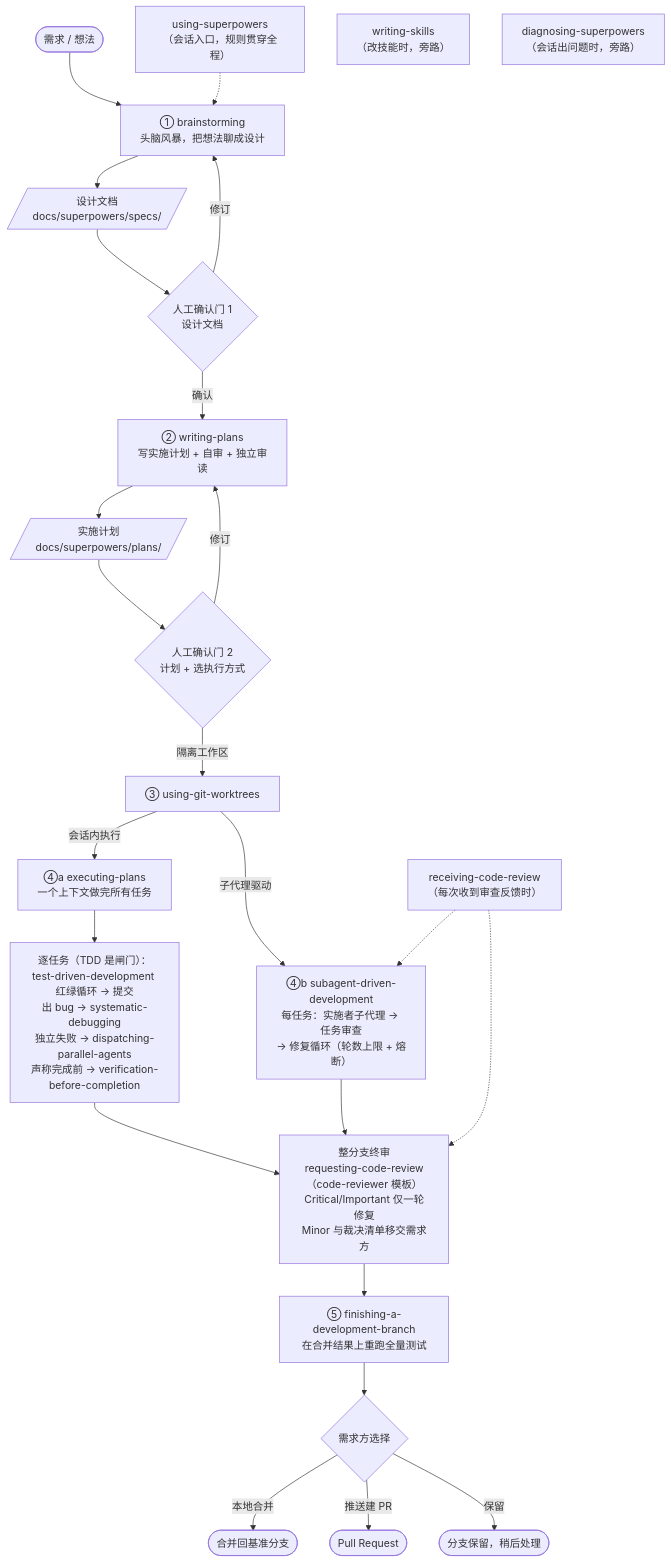
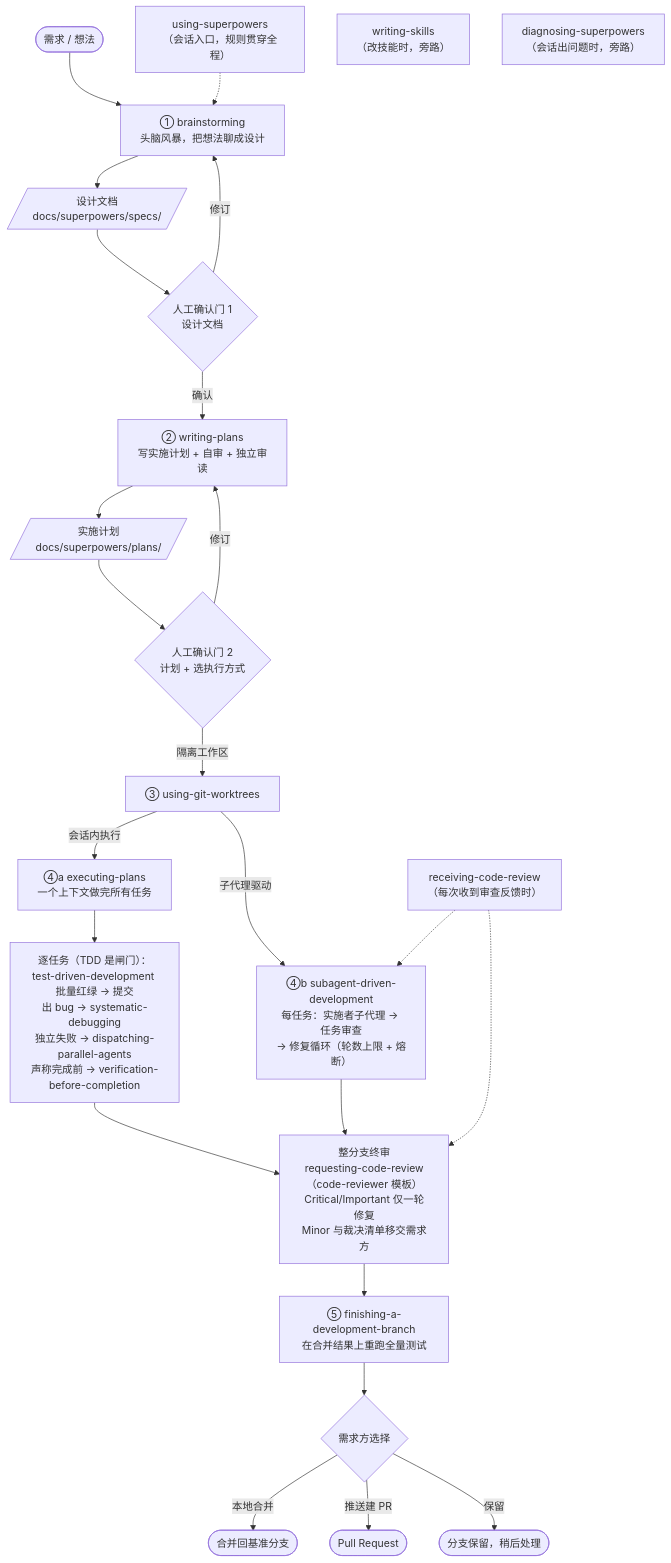
One commit to chuxiao/superpowers changed the diagram in docs/skills-map.md. Above: the diagram before and after it, drawn with Mermaid. The commit also changed other lines of this file and 6 other files, not shown here.

````diff
--- a/docs/skills-map.md
+++ b/docs/skills-map.md
@@ -8,33 +8,33 @@
 ```mermaid
 flowchart TD
     US["using-superpowers<br>（会话入口，规则贯穿全程）"]
     IDEA([需求 / 想法]) --> BS
     US -.-> BS
 
     BS["① brainstorming<br>头脑风暴，把想法聊成设计"] --> SPEC[/"设计文档<br>docs/superpowers/specs/"/]
     SPEC --> G1{"人工确认门 1<br>设计文档"}
     G1 -- "修订" --> BS
     G1 -- "确认" --> WP["② writing-plans<br>写实施计划 + 自审 + 独立审读"]
     WP --> PLAN[/"实施计划<br>docs/superpowers/plans/"/]
     PLAN --> G2{"人工确认门 2<br>计划 + 选执行方式"}
     G2 -- "修订" --> WP
 
     G2 -- "隔离工作区" --> WT["③ using-git-worktrees"]
     WT -- "会话内执行" --> EP["④a executing-plans<br>一个上下文做完所有任务"]
     WT -- "子代理驱动" --> SDD["④b subagent-driven-development<br>每任务：实施者子代理 → 任务审查<br>→ 修复循环（轮数上限 + 熔断）"]
 
-    EP --> LOOP["逐任务（TDD 是闸门）：<br>test-driven-development 红绿循环 → 提交<br>出 bug → systematic-debugging<br>独立失败 → dispatching-parallel-agents<br>声称完成前 → verification-before-completion"]
+    EP --> LOOP["逐任务（TDD 是闸门）：<br>test-driven-development 批量红绿 → 提交<br>出 bug → systematic-debugging<br>独立失败 → dispatching-parallel-agents<br>声称完成前 → verification-before-completion"]
     LOOP --> FR
 
     SDD --> FR["整分支终审<br>requesting-code-review（code-reviewer 模板）<br>Critical/Important 仅一轮修复<br>Minor 与裁决清单移交需求方"]
     RCR["receiving-code-review<br>（每次收到审查反馈时）"] -.-> SDD
     RCR -.-> FR
     FR --> FIN["⑤ finishing-a-development-branch<br>在合并结果上重跑全量测试"]
     FIN --> DEC{"需求方选择"}
     DEC -- "本地合并" --> M([合并回基准分支])
     DEC -- "推送建 PR" --> P([Pull Request])
     DEC -- "保留" --> K([分支保留，稍后处理])
 
     WS["writing-skills<br>（改技能时，旁路）"]
     DS["diagnosing-superpowers<br>（会话出问题时，旁路）"]
 ```
````
